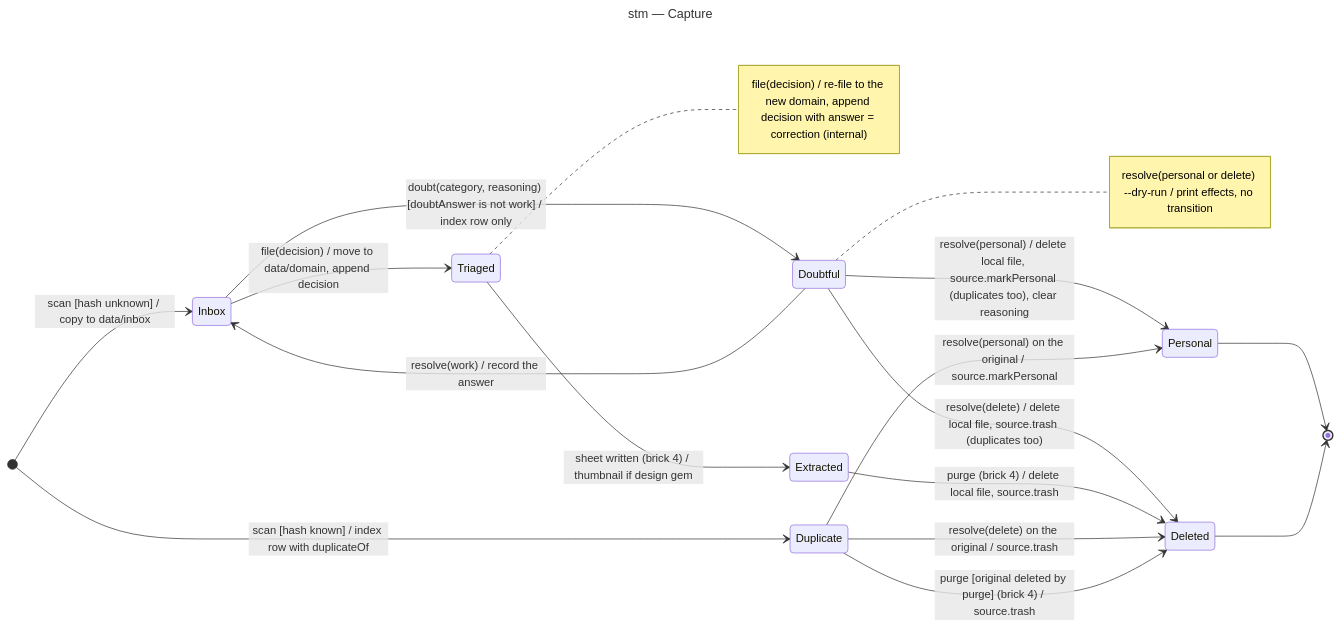
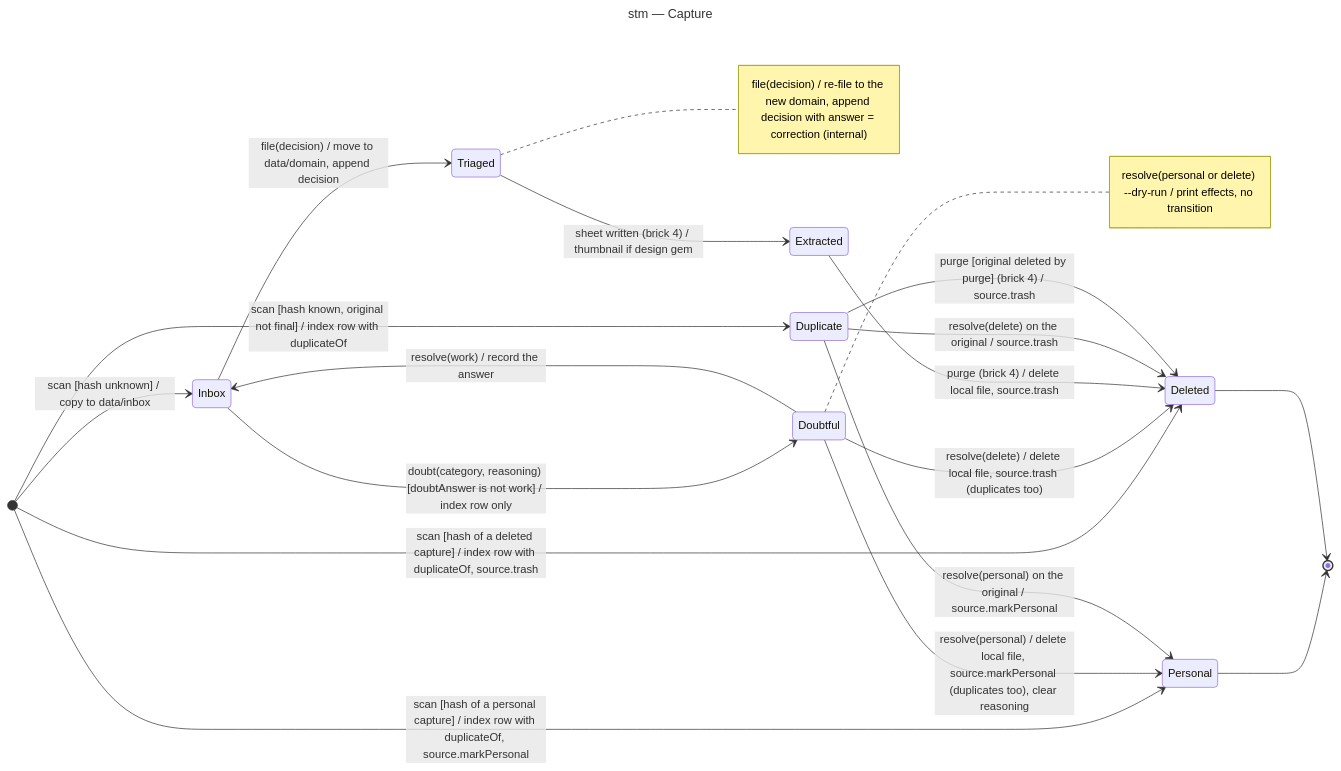
Before and after one commit to benoit-bremaud/screenshot-triage: the diagram in docs/architecture/diagrams/triage/05-state-capture.md, drawn with Mermaid. The commit also changed other lines of this file and 7 other files, not shown here.

First line of the commit message:
docs(triage/architecture): settle a copy found after its original is final

````diff
--- a/docs/architecture/diagrams/triage/05-state-capture.md
+++ b/docs/architecture/diagrams/triage/05-state-capture.md
@@ -13,27 +13,29 @@
 ```mermaid
 ---
 title: stm — Capture
 ---
 stateDiagram-v2
   direction LR
   [*] --> Inbox: scan [hash unknown] / copy to data/inbox
-  [*] --> Duplicate: scan [hash known] / index row with duplicateOf
+  [*] --> Duplicate: scan [hash known, original not final] / index row with duplicateOf
+  [*] --> Personal: scan [hash of a personal capture] / index row with duplicateOf, source.markPersonal
+  [*] --> Deleted: scan [hash of a deleted capture] / index row with duplicateOf, source.trash
   Inbox --> Triaged: file(decision) / move to data/domain, append decision
   Inbox --> Doubtful: doubt(category, reasoning) [doubtAnswer is not work] / index row only
   Doubtful --> Inbox: resolve(work) / record the answer
   Doubtful --> Personal: resolve(personal) / delete local file, source.markPersonal (duplicates too), clear reasoning
   Doubtful --> Deleted: resolve(delete) / delete local file, source.trash (duplicates too)
   Triaged --> Extracted: sheet written (brick 4) / thumbnail if design gem
   Extracted --> Deleted: purge (brick 4) / delete local file, source.trash
   Duplicate --> Personal: resolve(personal) on the original / source.markPersonal
   Duplicate --> Deleted: resolve(delete) on the original / source.trash
   Duplicate --> Deleted: purge [original deleted by purge] (brick 4) / source.trash
   Personal --> [*]
   Deleted --> [*]
   note right of Triaged
     file(decision) / re-file to the new domain, append decision with answer = correction (internal)
   end note
   note right of Doubtful
     resolve(personal or delete) --dry-run / print effects, no transition
   end note
 ```
````
